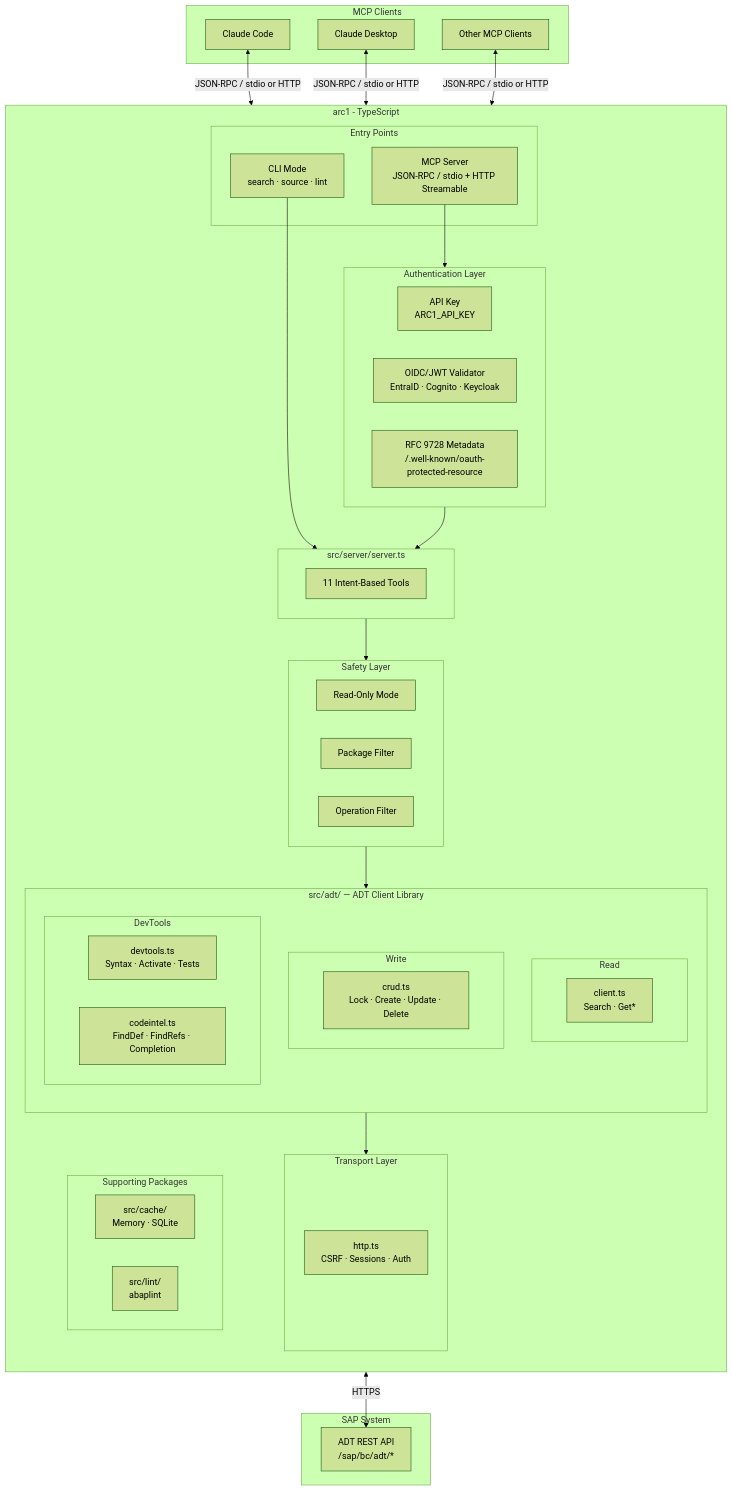
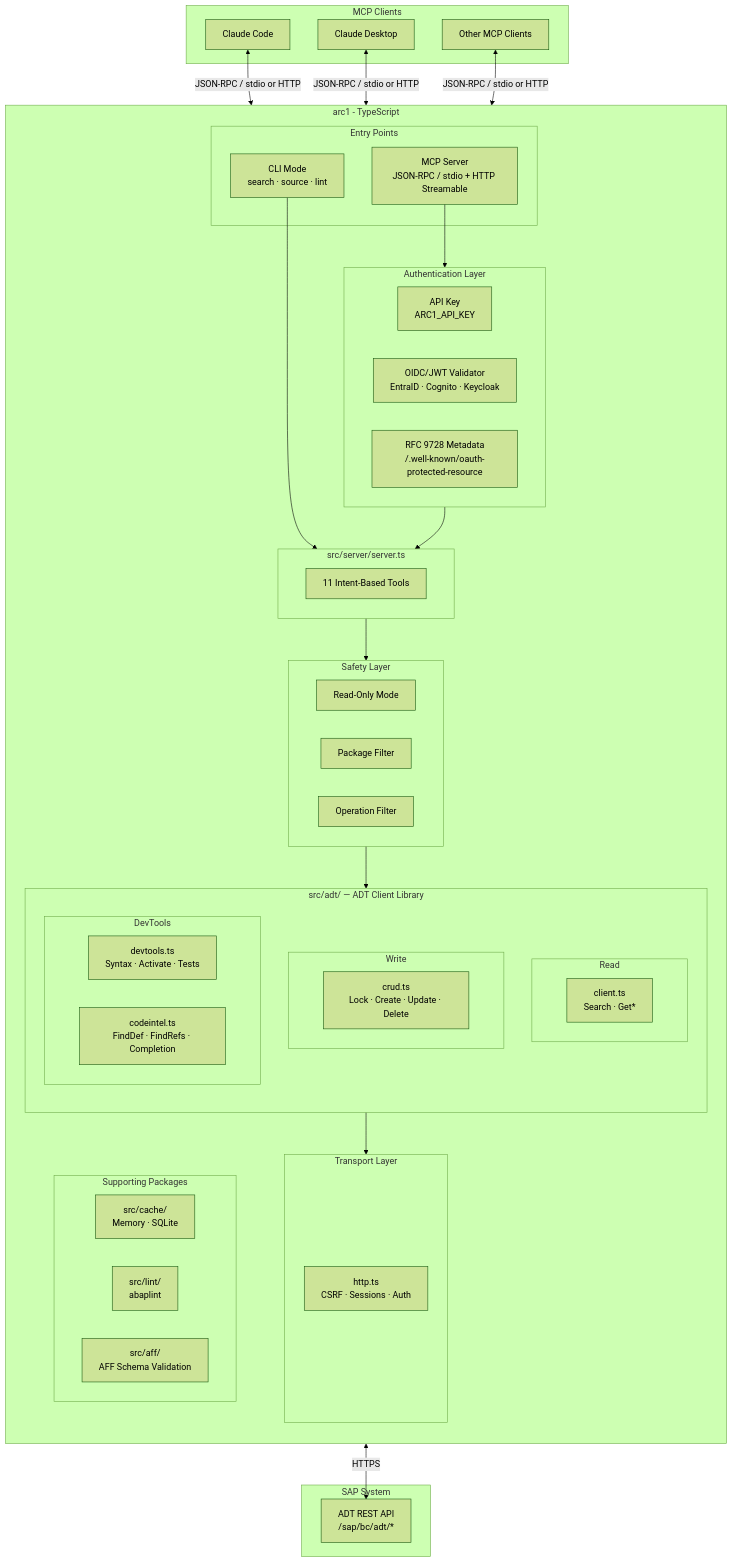
The first of 7 diagrams in docs/architecture.md (marianfoo/arc-1), drawn with Mermaid (forest theme) before and after one commit. The commit also changed other lines of this file and 6 other files, not shown here.

````diff
--- a/docs/architecture.md
+++ b/docs/architecture.md
@@ -5,70 +5,71 @@
 ```mermaid
 flowchart TB
     subgraph Clients["MCP Clients"]
         CC[Claude Code]
         CD[Claude Desktop]
         Other[Other MCP Clients]
     end
 
     subgraph ARC1["arc1 - TypeScript"]
         direction TB
 
         subgraph Entry["Entry Points"]
             MCP[MCP Server<br/>JSON-RPC / stdio + HTTP Streamable]
             CLI[CLI Mode<br/>search · source · lint]
         end
 
         subgraph Auth["Authentication Layer"]
             APIKEY[API Key<br/>ARC1_API_KEY]
             OIDC[OIDC/JWT Validator<br/>EntraID · Cognito · Keycloak]
             PRM[RFC 9728 Metadata<br/>/.well-known/oauth-protected-resource]
         end
 
         subgraph Core["src/server/server.ts"]
             direction LR
             Tools[11 Intent-Based Tools]
         end
 
         subgraph Safety["Safety Layer"]
             RO[Read-Only Mode]
             PF[Package Filter]
             OF[Operation Filter]
         end
 
         subgraph ADTLib["src/adt/ — ADT Client Library"]
             direction TB
             subgraph Read["Read"]
                 client[client.ts<br/>Search · Get*]
             end
             subgraph Write["Write"]
                 crud[crud.ts<br/>Lock · Create · Update · Delete]
             end
             subgraph DevTools["DevTools"]
                 devtools[devtools.ts<br/>Syntax · Activate · Tests]
                 codeintel[codeintel.ts<br/>FindDef · FindRefs · Completion]
             end
         end
 
         subgraph TransportLayer["Transport Layer"]
             HTTP[http.ts<br/>CSRF · Sessions · Auth]
         end
 
         subgraph Packages["Supporting Packages"]
             Cache[src/cache/<br/>Memory · SQLite]
             Lint[src/lint/<br/>abaplint]
+            AFF[src/aff/<br/>AFF Schema Validation]
         end
     end
 
     subgraph SAP["SAP System"]
         ADT[ADT REST API<br/>/sap/bc/adt/*]
     end
 
     CC & CD & Other <-->|"JSON-RPC / stdio or HTTP"| MCP
     CLI --> Core
     MCP --> Auth
     Auth --> Core
     Core --> Safety
     Safety --> ADTLib
     ADTLib --> TransportLayer
     HTTP <-->|HTTPS| ADT
 ```
````
